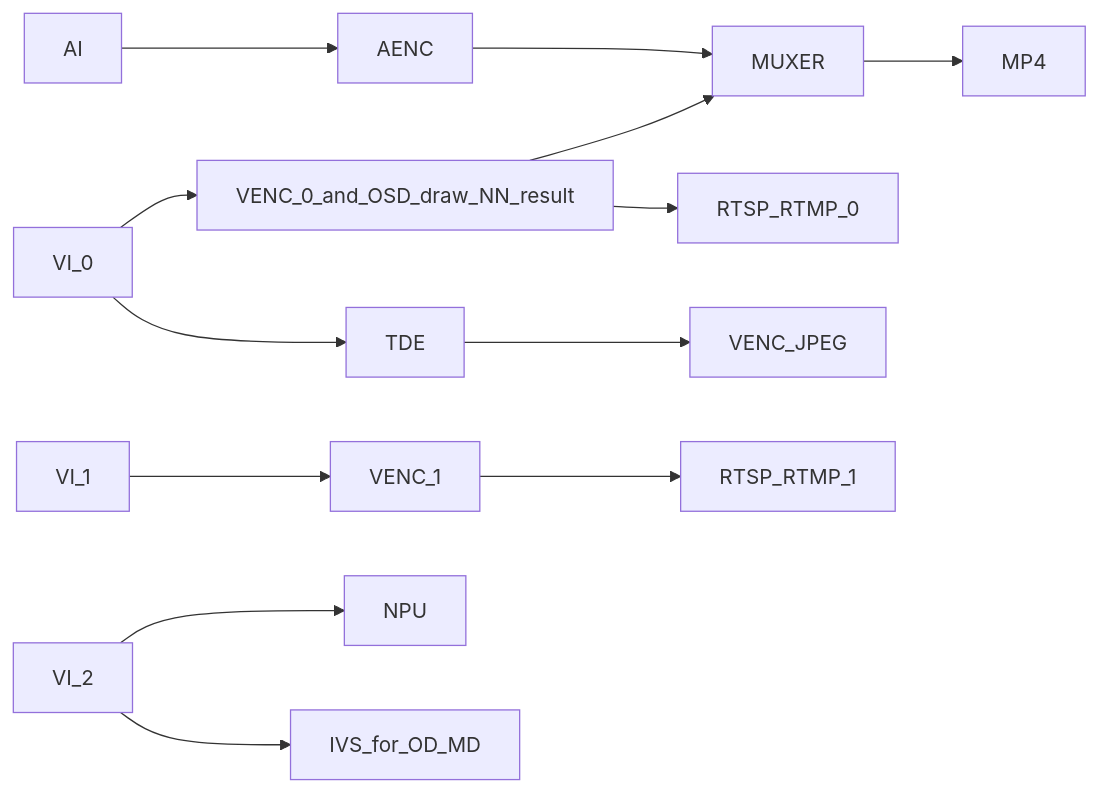
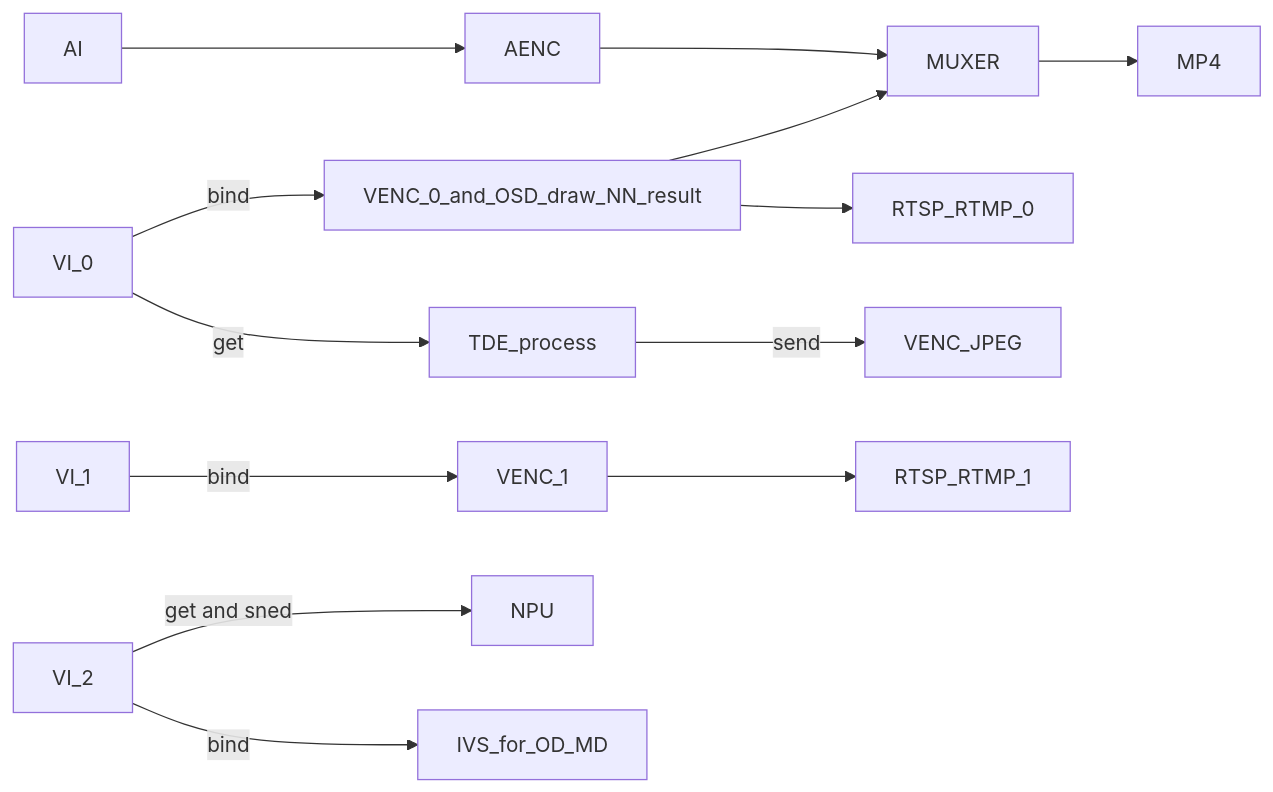
Before and after one commit to khadas/app_rkipc: the second of 9 diagrams in docs/Rockchip_Developer_Guide_Linux_RKIPC_CN.md, drawn with Mermaid. The commit also changed other lines of this file and 2 other files, not shown here.

Commit message:
rv1103_ipc & rv1106_ipc: bind vi-2 and ivs

````diff
--- a/docs/Rockchip_Developer_Guide_Linux_RKIPC_CN.md
+++ b/docs/Rockchip_Developer_Guide_Linux_RKIPC_CN.md
@@ -126,10 +126,10 @@
 ```mermaid
 graph LR
 	AI-->AENC-->MUXER-->MP4
-	VI_0-->VENC_0_and_OSD_draw_NN_result-->MUXER
-	VI_0-->TDE-->VENC_JPEG
+	VI_0--bind-->VENC_0_and_OSD_draw_NN_result-->MUXER
+	VI_0--get-->TDE_process--send-->VENC_JPEG
 	VENC_0_and_OSD_draw_NN_result-->RTSP_RTMP_0
-	VI_1-->VENC_1-->RTSP_RTMP_1
-	VI_2-->NPU
-	VI_2-->IVS_for_OD_MD
+	VI_1--bind-->VENC_1-->RTSP_RTMP_1
+	VI_2--get and sned-->NPU
+	VI_2--bind-->IVS_for_OD_MD
 ```
````
